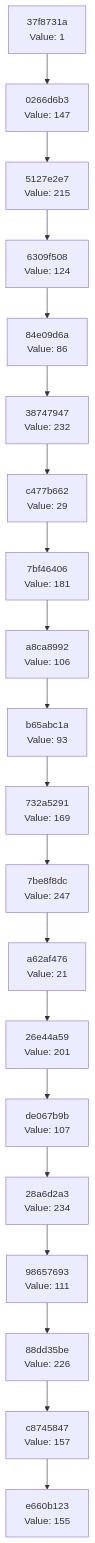
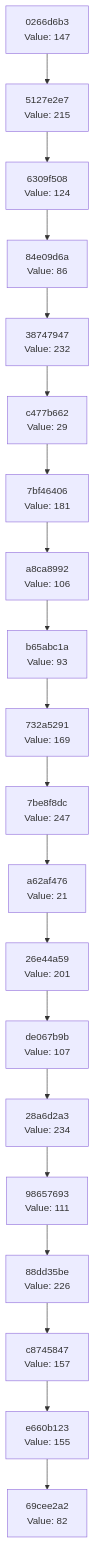
One commit to Abhisheksinha1506/hash-chain-evolver changed the diagram in docs/CHAIN_VISUALIZATION.md. Above: the diagram before and after it, drawn with Mermaid. The commit also changed 3 other files, not shown here.

````diff
--- a/docs/CHAIN_VISUALIZATION.md
+++ b/docs/CHAIN_VISUALIZATION.md
@@ -3,42 +3,42 @@
 ```mermaid
 graph TD
-    C0["e660b123<br/>Value: 155"]
-    C1["c8745847<br/>Value: 157"]
+    C0["69cee2a2<br/>Value: 82"]
+    C1["e660b123<br/>Value: 155"]
     C1 --> C0
-    C2["88dd35be<br/>Value: 226"]
+    C2["c8745847<br/>Value: 157"]
     C2 --> C1
-    C3["98657693<br/>Value: 111"]
+    C3["88dd35be<br/>Value: 226"]
     C3 --> C2
-    C4["28a6d2a3<br/>Value: 234"]
+    C4["98657693<br/>Value: 111"]
     C4 --> C3
-    C5["de067b9b<br/>Value: 107"]
+    C5["28a6d2a3<br/>Value: 234"]
     C5 --> C4
-    C6["26e44a59<br/>Value: 201"]
+    C6["de067b9b<br/>Value: 107"]
     C6 --> C5
-    C7["a62af476<br/>Value: 21"]
+    C7["26e44a59<br/>Value: 201"]
     C7 --> C6
-    C8["7be8f8dc<br/>Value: 247"]
+    C8["a62af476<br/>Value: 21"]
     C8 --> C7
-    C9["732a5291<br/>Value: 169"]
+    C9["7be8f8dc<br/>Value: 247"]
     C9 --> C8
-    C10["b65abc1a<br/>Value: 93"]
+    C10["732a5291<br/>Value: 169"]
     C10 --> C9
-    C11["a8ca8992<br/>Value: 106"]
+    C11["b65abc1a<br/>Value: 93"]
     C11 --> C10
-    C12["7bf46406<br/>Value: 181"]
+    C12["a8ca8992<br/>Value: 106"]
     C12 --> C11
-    C13["c477b662<br/>Value: 29"]
+    C13["7bf46406<br/>Value: 181"]
     C13 --> C12
-    C14["38747947<br/>Value: 232"]
+    C14["c477b662<br/>Value: 29"]
     C14 --> C13
-    C15["84e09d6a<br/>Value: 86"]
+    C15["38747947<br/>Value: 232"]
     C15 --> C14
-    C16["6309f508<br/>Value: 124"]
+    C16["84e09d6a<br/>Value: 86"]
     C16 --> C15
-    C17["5127e2e7<br/>Value: 215"]
+    C17["6309f508<br/>Value: 124"]
     C17 --> C16
-    C18["0266d6b3<br/>Value: 147"]
+    C18["5127e2e7<br/>Value: 215"]
     C18 --> C17
-    C19["37f8731a<br/>Value: 1"]
+    C19["0266d6b3<br/>Value: 147"]
     C19 --> C18
 ```
````
